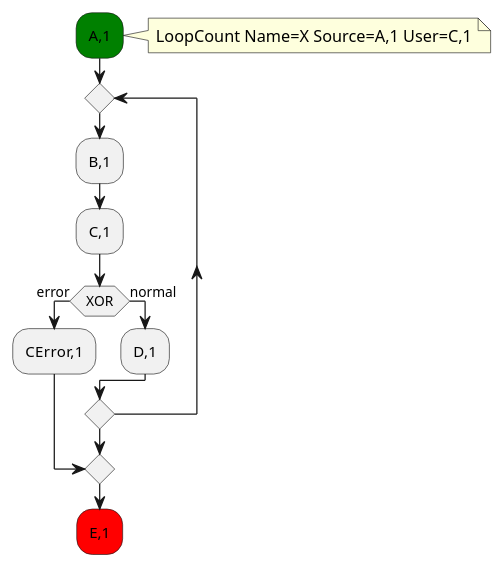
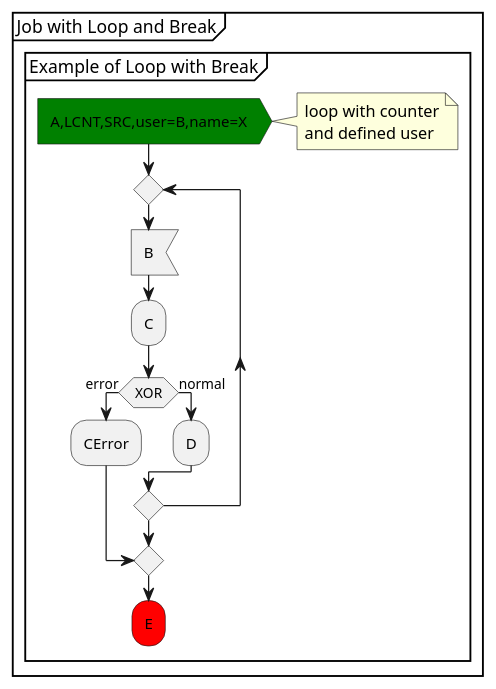
Before and after one commit to xtuml/munin: the diagram in models/SequenceVerificationDataCentric/puml/Tutorial_18.puml, drawn with PlantUML. The commit also changed 3 other files, not shown here.

```diff
--- a/models/SequenceVerificationDataCentric/puml/Tutorial_18.puml
+++ b/models/SequenceVerificationDataCentric/puml/Tutorial_18.puml
@@ -1,17 +1,22 @@
 @startuml
-#green:A,1;
-note right 
-  LoopCount Name=X Source=A,1 User=C,1
-end note  
-repeat
-  :B,1;
-  :C,1;
-  if (XOR) then (error)
-    :CError,1;
-    break
-  else (normal)
-    :D,1;
-  endif
-repeat while
-#red:E,1;
+partition "Job with Loop and Break" {
+  group "Example of Loop with Break"
+    #green:A,LCNT,SRC,user=B,name=X>
+    note right 
+      loop with counter
+      and defined user
+    end note
+    repeat
+      :B<
+      :C;
+      if (XOR) then (error)
+        :CError;
+        break
+      else (normal)
+        :D;
+      endif
+    repeat while
+    #red:E;
+  end group
+}
 @enduml
```
